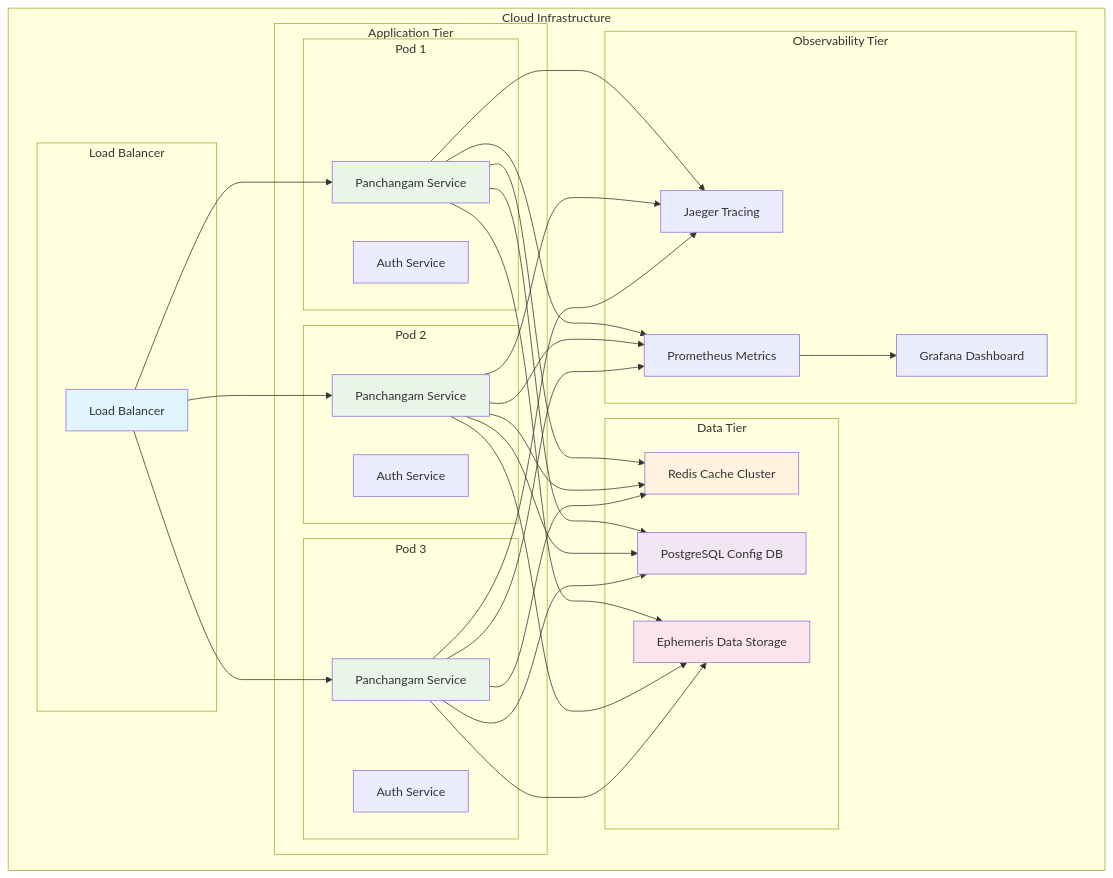
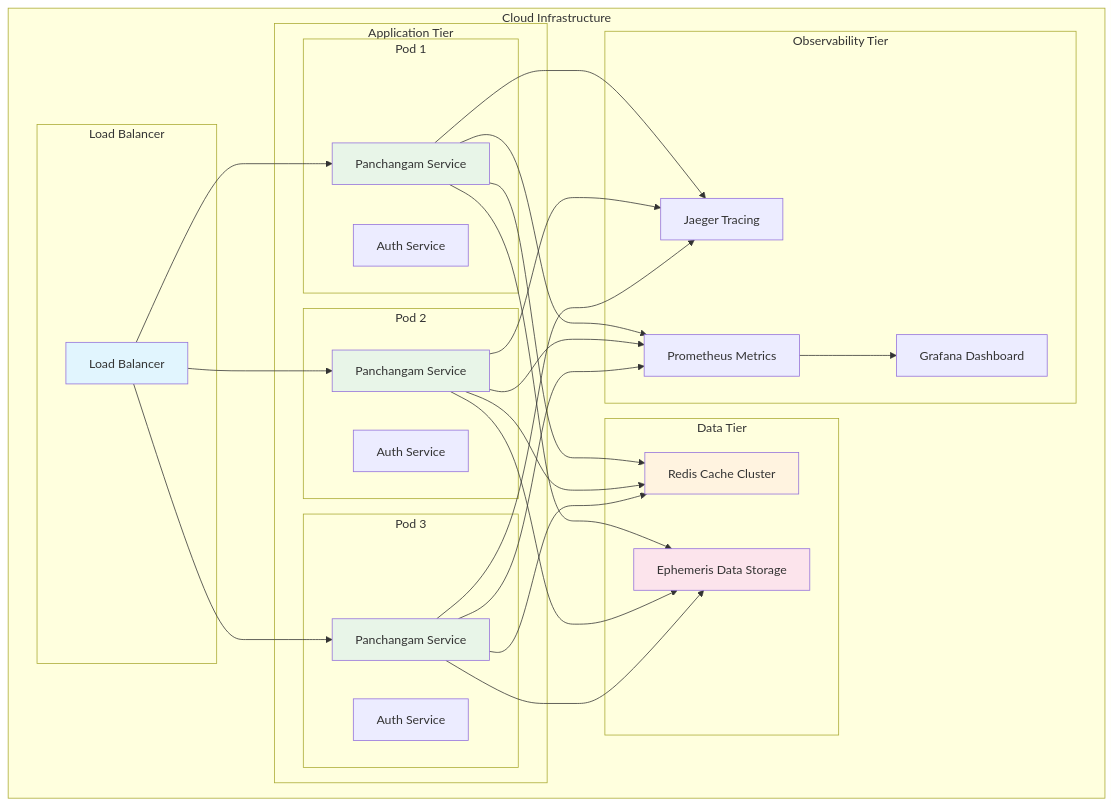
The eighth of 9 diagrams in docs/design/high-level-architecture.md (naren-m/panchangam), drawn with Mermaid before and after one commit. The commit also changed other lines of this file and 494 other files, not shown here.

````diff
--- a/docs/design/high-level-architecture.md
+++ b/docs/design/high-level-architecture.md
@@ -511,71 +511,65 @@
 ```mermaid
 graph TB
     subgraph "Cloud Infrastructure"
         subgraph "Load Balancer"
             LB[Load Balancer]
         end
-        
+
         subgraph "Application Tier"
             subgraph "Pod 1"
                 APP1[Panchangam Service]
                 AUTH1[Auth Service]
             end
-            
+
             subgraph "Pod 2"
                 APP2[Panchangam Service]
                 AUTH2[Auth Service]
             end
-            
+
             subgraph "Pod 3"
                 APP3[Panchangam Service]
                 AUTH3[Auth Service]
             end
         end
-        
+
         subgraph "Data Tier"
             REDIS[Redis Cache Cluster]
-            POSTGRES[PostgreSQL Config DB]
             EPHEMERIS[Ephemeris Data Storage]
         end
-        
+
         subgraph "Observability Tier"
             JAEGER[Jaeger Tracing]
             PROMETHEUS[Prometheus Metrics]
             GRAFANA[Grafana Dashboard]
         end
     end
-    
+
     LB --> APP1
     LB --> APP2
     LB --> APP3
-    
+
     APP1 --> REDIS
     APP2 --> REDIS
     APP3 --> REDIS
-    
-    APP1 --> POSTGRES
-    APP2 --> POSTGRES
-    APP3 --> POSTGRES
-    
+
     APP1 --> EPHEMERIS
     APP2 --> EPHEMERIS
     APP3 --> EPHEMERIS
-    
+
     APP1 --> JAEGER
     APP2 --> JAEGER
     APP3 --> JAEGER
-    
+
     APP1 --> PROMETHEUS
     APP2 --> PROMETHEUS
     APP3 --> PROMETHEUS
-    
+
     PROMETHEUS --> GRAFANA
-    
+
     style LB fill:#e1f5fe
     style APP1 fill:#e8f5e8
     style APP2 fill:#e8f5e8
     style APP3 fill:#e8f5e8
     style REDIS fill:#fff3e0
-    style POSTGRES fill:#f3e5f5
     style EPHEMERIS fill:#fce4ec
 ```
````
